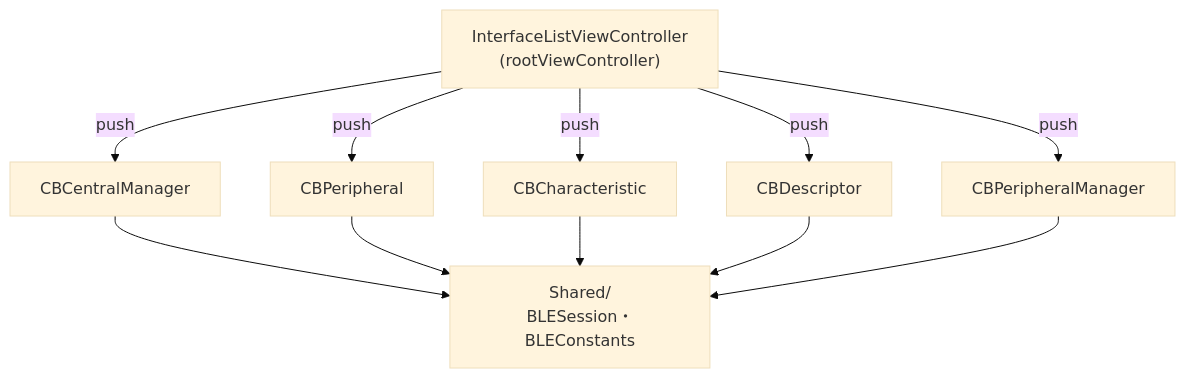
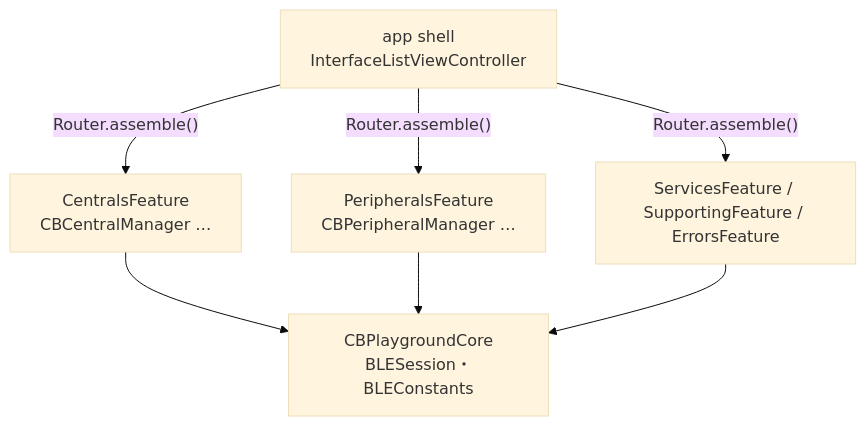
Before and after one commit to kokiTakashiki/CoreBluetoothPlayground: the second of 10 diagrams in docs/IMPLEMENTATION_PLAN.md, drawn with Mermaid (base theme). The commit also changed other lines of this file and 18 other files, not shown here.

First line of the commit message:
PR1: SwiftPM 機能パッケージ + VIPER へ再編（CBCentralManager を初モジュール化）

````diff
--- a/docs/IMPLEMENTATION_PLAN.md
+++ b/docs/IMPLEMENTATION_PLAN.md
@@ -63,15 +66,10 @@
 ```mermaid
 graph TD
-    LIST["InterfaceListViewController<br/>(rootViewController)"]
-    LIST -->|push| S1["CBCentralManager"]
-    LIST -->|push| S2["CBPeripheral"]
-    LIST -->|push| S3["CBCharacteristic"]
-    LIST -->|push| S4["CBDescriptor"]
-    LIST -->|push| S5["CBPeripheralManager"]
-
-    S1 --> SH["Shared/<br/>BLESession・BLEConstants"]
-    S2 --> SH
-    S3 --> SH
-    S4 --> SH
-    S5 --> SH
+    APP["app shell<br/>InterfaceListViewController"]
+    APP -->|"Router.assemble()"| M1["CentralsFeature<br/>CBCentralManager …"]
+    APP -->|"Router.assemble()"| M2["PeripheralsFeature<br/>CBPeripheralManager …"]
+    APP -->|"Router.assemble()"| M3["ServicesFeature / SupportingFeature / ErrorsFeature"]
+    M1 --> CORE["CBPlaygroundCore<br/>BLESession・BLEConstants"]
+    M2 --> CORE
+    M3 --> CORE
 ```
````
